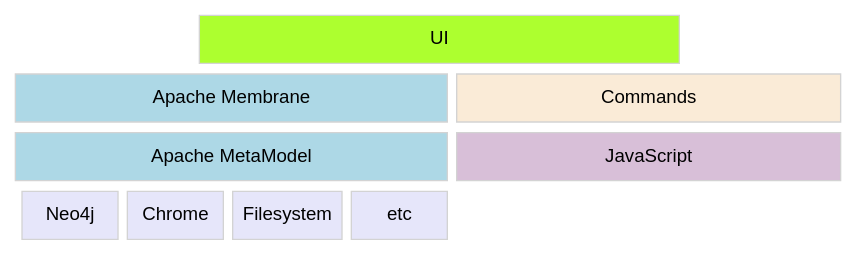
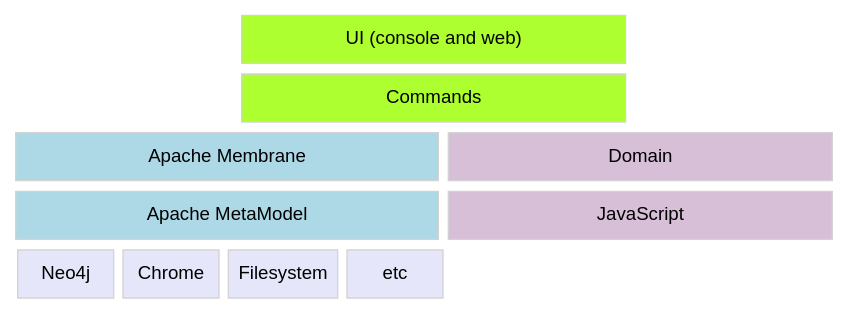
One commit to bburns/neomem changed the diagram in docs/layers.dot. Above: the diagram before and after it, drawn with Graphviz. The commit also changed 1 other file, not shown here.

```diff
--- a/docs/layers.dot
+++ b/docs/layers.dot
@@ -1,47 +1,51 @@
 graph layers {
 
   //-------------------------------------------------------------------------
   // styles
   //-------------------------------------------------------------------------
 
   graph [ rankdir=TB, nodesep=0.1, ranksep=0.1];
-  node [ shape=box, color=lightgray, fillcolor=lightblue, style=filled, fontname=Arial, width=6, height=0.5 ];
+  node [ shape=box, color=lightgray, fillcolor=lightblue, style=filled, fontname=Arial, width=4, height=0.5 ];
   edge [ style=invis ];
 
 
   //-------------------------------------------------------------------------
   // nodes
   //-------------------------------------------------------------------------
   
-  ui [ label="UI", fillcolor=greenyellow, width=5 ];
-  membrane [ label="Apache Membrane", width=4.5 ];
-  metamodel [ label="Apache MetaModel", width=4.5 ];
+  ui [ label="UI (console and web)", fillcolor=greenyellow, width=4 ];
+  commands [ label="Commands", fillcolor=greenyellow, width=4 ];
+
+  membrane [ label="Apache Membrane", width=4.4 ];
+  metamodel [ label="Apache MetaModel", width=4.4 ];
   neo4j [ label="Neo4j", fillcolor=lavender, width=1 ];
   bookmarks [ label="Chrome", fillcolor=lavender, width=1 ];
   filesys [ label="Filesystem", fillcolor=lavender, width=1 ];
   etc [ label="etc", fillcolor=lavender, width=1 ];
-  commands [ label="Commands", fillcolor=antiquewhite, width=4 ];
+
+  domain [ label="Domain", fillcolor=thistle, width=4 ];
   language [ label="JavaScript", fillcolor=thistle, width=4 ];
 
 
   //-------------------------------------------------------------------------
   // edges
   //-------------------------------------------------------------------------
   
   ui -- commands;
-  commands -- language;
-  ui -- membrane;
+  commands -- membrane;
+  commands -- domain;
+  domain -- language;
   membrane -- metamodel;
   metamodel -- neo4j;
   metamodel -- bookmarks;
   metamodel -- filesys;
   metamodel -- etc;
 
 
   //-------------------------------------------------------------------------
   // ranks
   //-------------------------------------------------------------------------
 
   // { rank=same; };
 
 }
```
